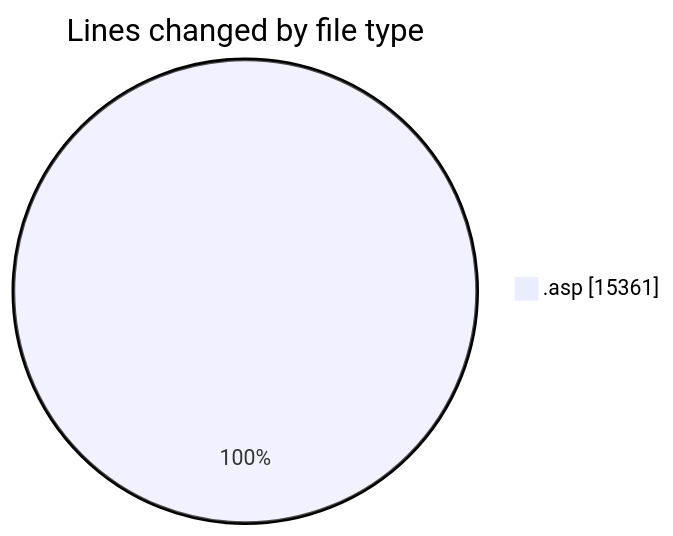
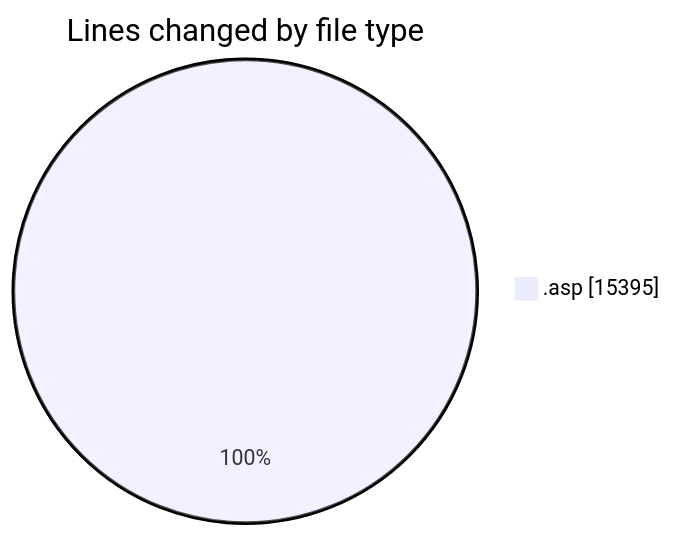
The first of 2 diagrams in 2025-11-14/cdp_aleoudev_fr__workspace_/README.md (julien-gomy/code-tracking), drawn with Mermaid before and after one commit. The commit also changed other lines of this file and 1 other file, not shown here.

````diff
--- a/2025-11-14/cdp_aleoudev_fr__workspace_/README.md
+++ b/2025-11-14/cdp_aleoudev_fr__workspace_/README.md
@@ -28,5 +29,5 @@
 ```mermaid
 pie showData
 title Lines changed by file type
-".asp" : 15361
+".asp" : 15395
 ```
````
